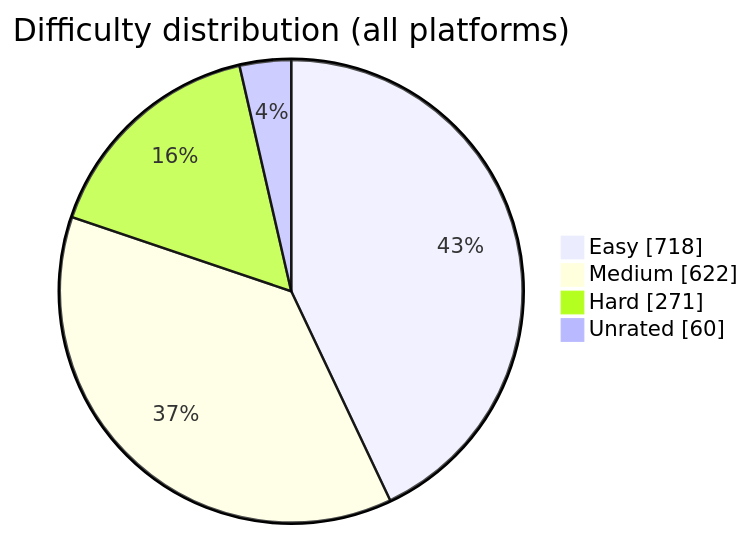
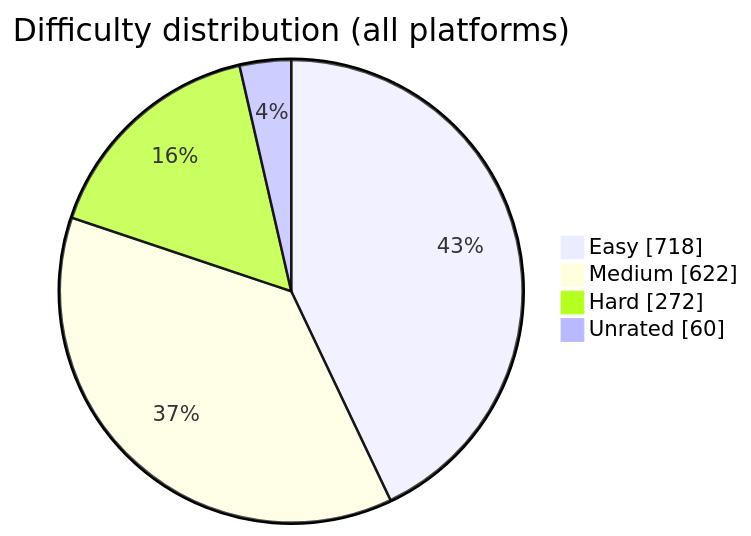
The diagram in README.md (BuildbyArindam/Daily-Coding-Log), drawn with Mermaid before and after one commit. The commit also changed other lines of this file, not shown here.

````diff
--- a/README.md
+++ b/README.md
@@ -93,7 +93,7 @@
 ```mermaid
 pie showData title Difficulty distribution (all platforms)
     "Easy" : 718
     "Medium" : 622
-    "Hard" : 271
+    "Hard" : 272
     "Unrated" : 60
 ```
````
